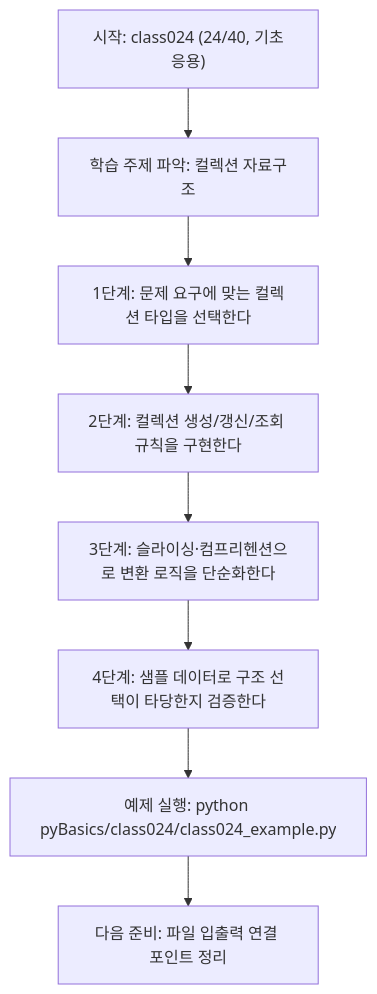
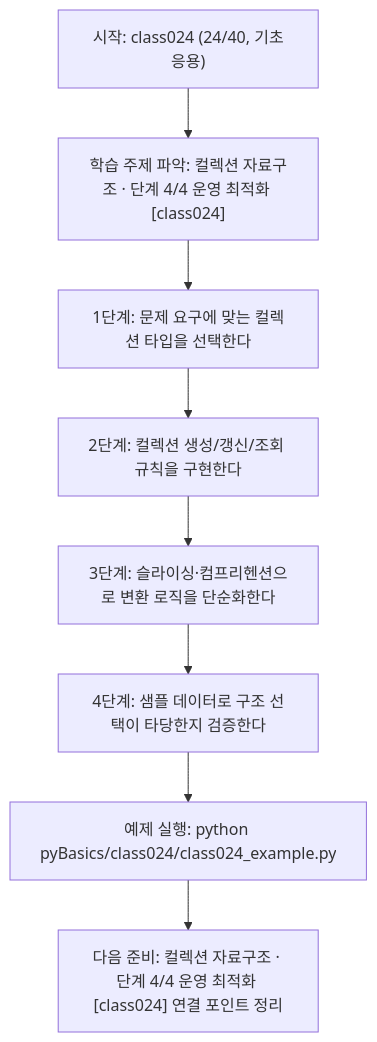
Before and after one commit to edumgt/Python-AI_Agent-Class: the diagram in pyBasics/class024/class024.md, drawn with Mermaid. The commit also changed other lines of this file and 522 other files, not shown here.

````diff
--- a/pyBasics/class024/class024.md
+++ b/pyBasics/class024/class024.md
@@ -108,18 +109,18 @@
 ```mermaid
 flowchart TD
 N1["시작: class024 (24/40, 기초응용)"]
-N2["학습 주제 파악: 컬렉션 자료구조"]
+N2["학습 주제 파악: 컬렉션 자료구조 · 단계 4/4 운영 최적화 [class024]"]
 N3["1단계: 문제 요구에 맞는 컬렉션 타입을 선택한다"]
 N4["2단계: 컬렉션 생성/갱신/조회 규칙을 구현한다"]
 N5["3단계: 슬라이싱·컴프리헨션으로 변환 로직을 단순화한다"]
 N6["4단계: 샘플 데이터로 구조 선택이 타당한지 검증한다"]
 N7["예제 실행: python pyBasics/class024/class024_example.py"]
-N8["다음 준비: 파일 입출력 연결 포인트 정리"]
+N8["다음 준비: 컬렉션 자료구조 · 단계 4/4 운영 최적화 [class024] 연결 포인트 정리"]
 N1 --> N2
 N2 --> N3
 N3 --> N4
 N4 --> N5
 N5 --> N6
 N6 --> N7
 N7 --> N8
 ```
````
